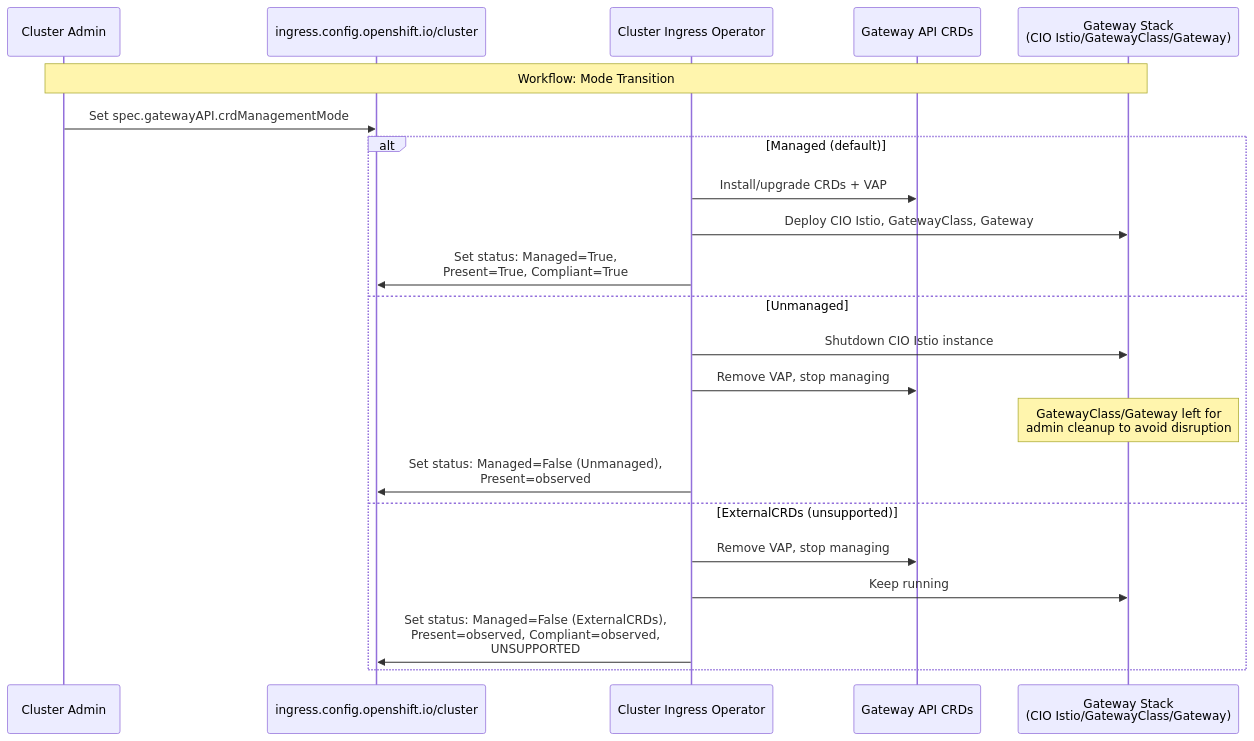
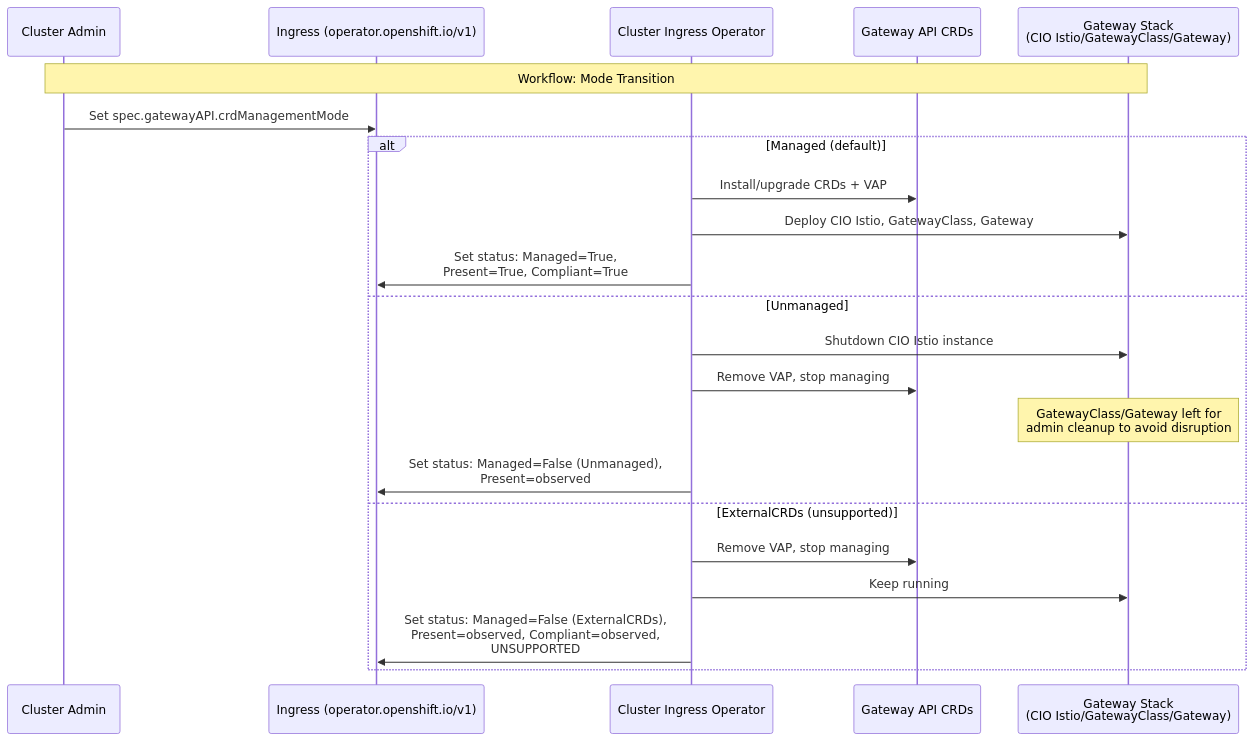
One commit to openshift/enhancements changed the diagram in enhancements/ingress/gateway-api-crd-management-mode.md. Above: the diagram before and after it, drawn with Mermaid. The commit also changed other lines of this file, not shown here.

Commit message:
gatewayapi: create a new operator resource for behavior configuration

````diff
--- a/enhancements/ingress/gateway-api-crd-management-mode.md
+++ b/enhancements/ingress/gateway-api-crd-management-mode.md
@@ -321,26 +281,26 @@
 ```mermaid
 sequenceDiagram
     participant Admin as Cluster Admin
-    participant IC as ingress.config.openshift.io/cluster
+    participant IC as Ingress (operator.openshift.io/v1)
     participant CIO as Cluster Ingress Operator
     participant CRDs as Gateway API CRDs
     participant GW as Gateway Stack<br/>(CIO Istio/GatewayClass/Gateway)
 
     Note over Admin,GW: Workflow: Mode Transition
     Admin->>IC: Set spec.gatewayAPI.crdManagementMode
 
     alt Managed (default)
         CIO->>CRDs: Install/upgrade CRDs + VAP
         CIO->>GW: Deploy CIO Istio, GatewayClass, Gateway
         CIO->>IC: Set status: Managed=True,<br/>Present=True, Compliant=True
     else Unmanaged
         CIO->>GW: Shutdown CIO Istio instance
         CIO->>CRDs: Remove VAP, stop managing
         Note over GW: GatewayClass/Gateway left for<br/>admin cleanup to avoid disruption
         CIO->>IC: Set status: Managed=False (Unmanaged),<br/>Present=observed
     else ExternalCRDs (unsupported)
         CIO->>CRDs: Remove VAP, stop managing
         CIO->>GW: Keep running
         CIO->>IC: Set status: Managed=False (ExternalCRDs),<br/>Present=observed, Compliant=observed,<br/>UNSUPPORTED
     end
 ```
````
